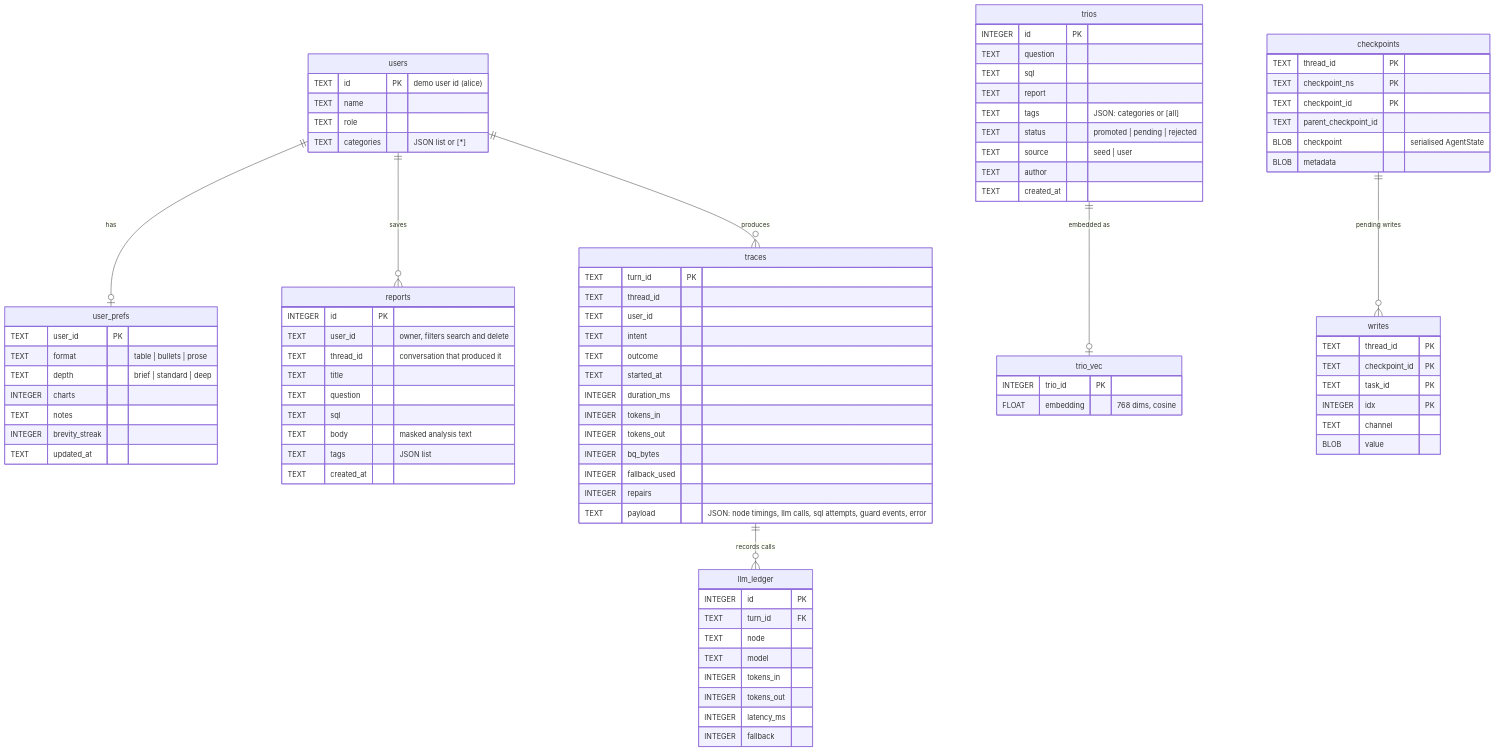
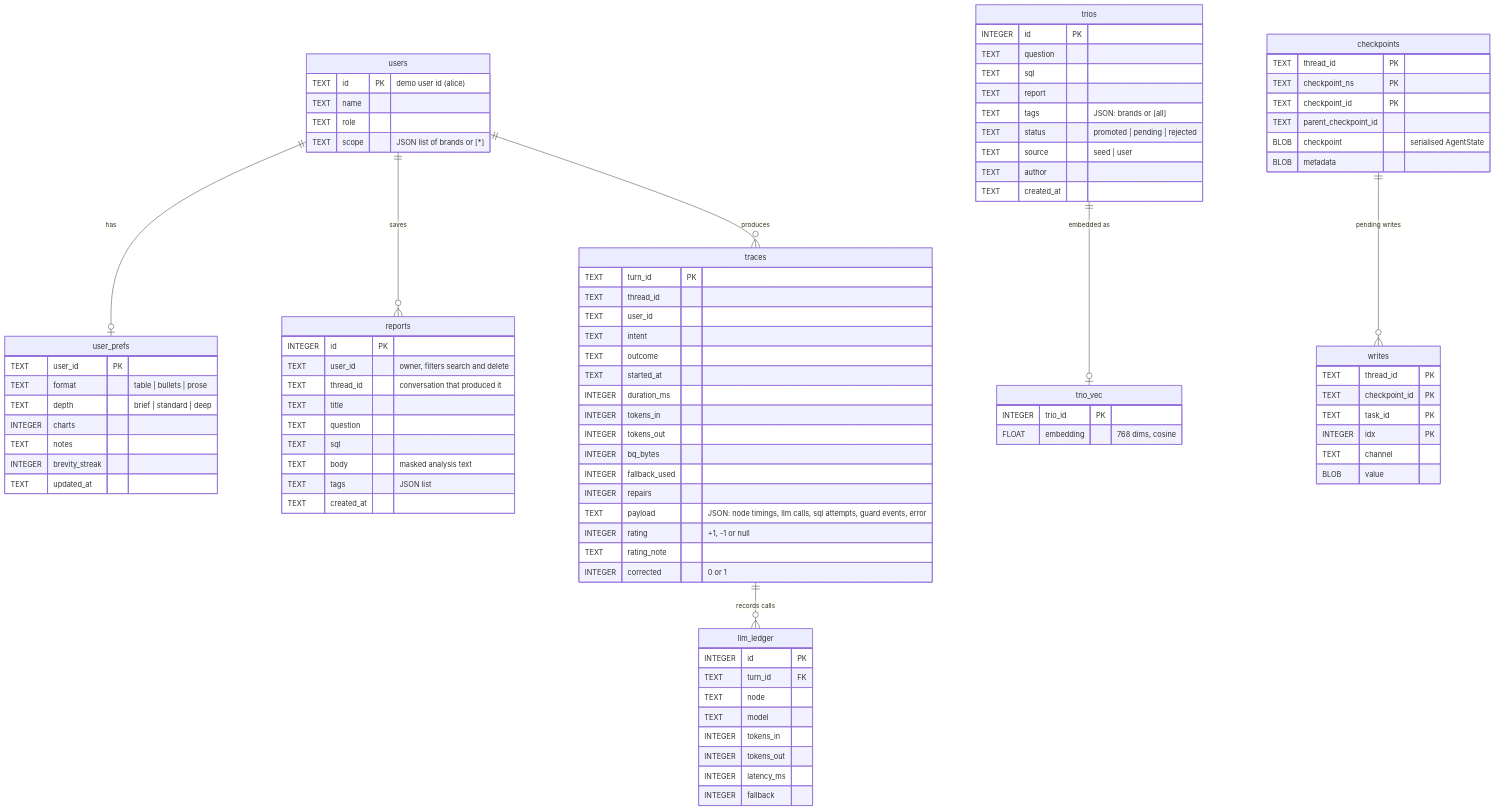
One commit to LukaPavlovicGit/retail-insights-agent changed the second of 2 diagrams in docs/data-model.md. Above: the diagram before and after it, drawn with Mermaid. The commit also changed other lines of this file and 3 other files, not shown here.

```diff
--- a/docs/data-model.md
+++ b/docs/data-model.md
@@ -158,7 +175,7 @@
     TEXT id PK "demo user id (alice)"
     TEXT name
     TEXT role
-    TEXT categories "JSON list or [*]"
+    TEXT scope "JSON list of brands or [*]"
   }
   user_prefs {
     TEXT user_id PK
@@ -185,7 +202,7 @@
     TEXT question
     TEXT sql
     TEXT report
-    TEXT tags "JSON: categories or [all]"
+    TEXT tags "JSON: brands or [all]"
     TEXT status "promoted | pending | rejected"
     TEXT source "seed | user"
     TEXT author
@@ -209,6 +226,9 @@
     INTEGER fallback_used
     INTEGER repairs
     TEXT payload "JSON: node timings, llm calls, sql attempts, guard events, error"
+    INTEGER rating "+1, -1 or null"
+    TEXT rating_note
+    INTEGER corrected "0 or 1"
   }
   llm_ledger {
     INTEGER id PK
```
